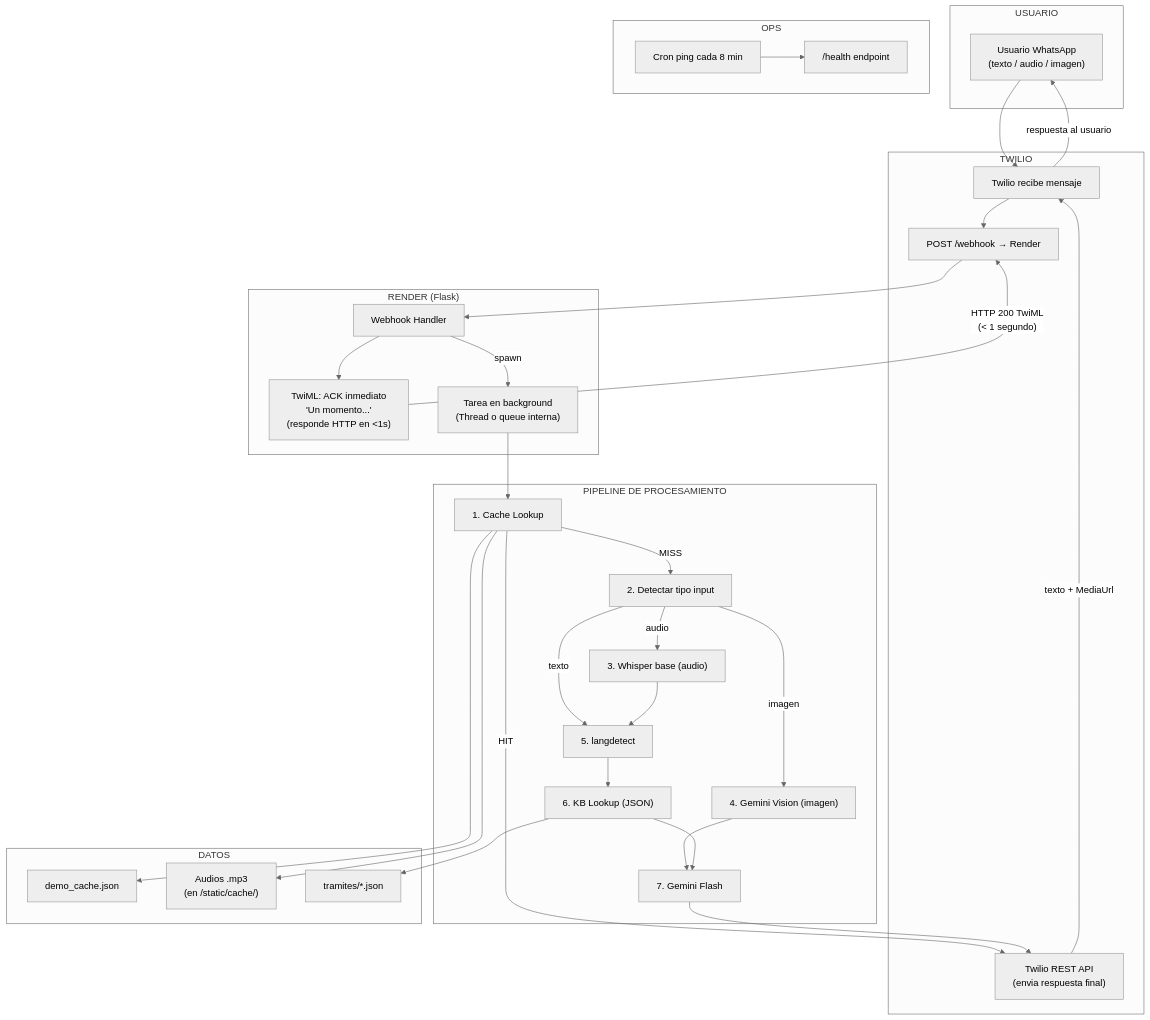
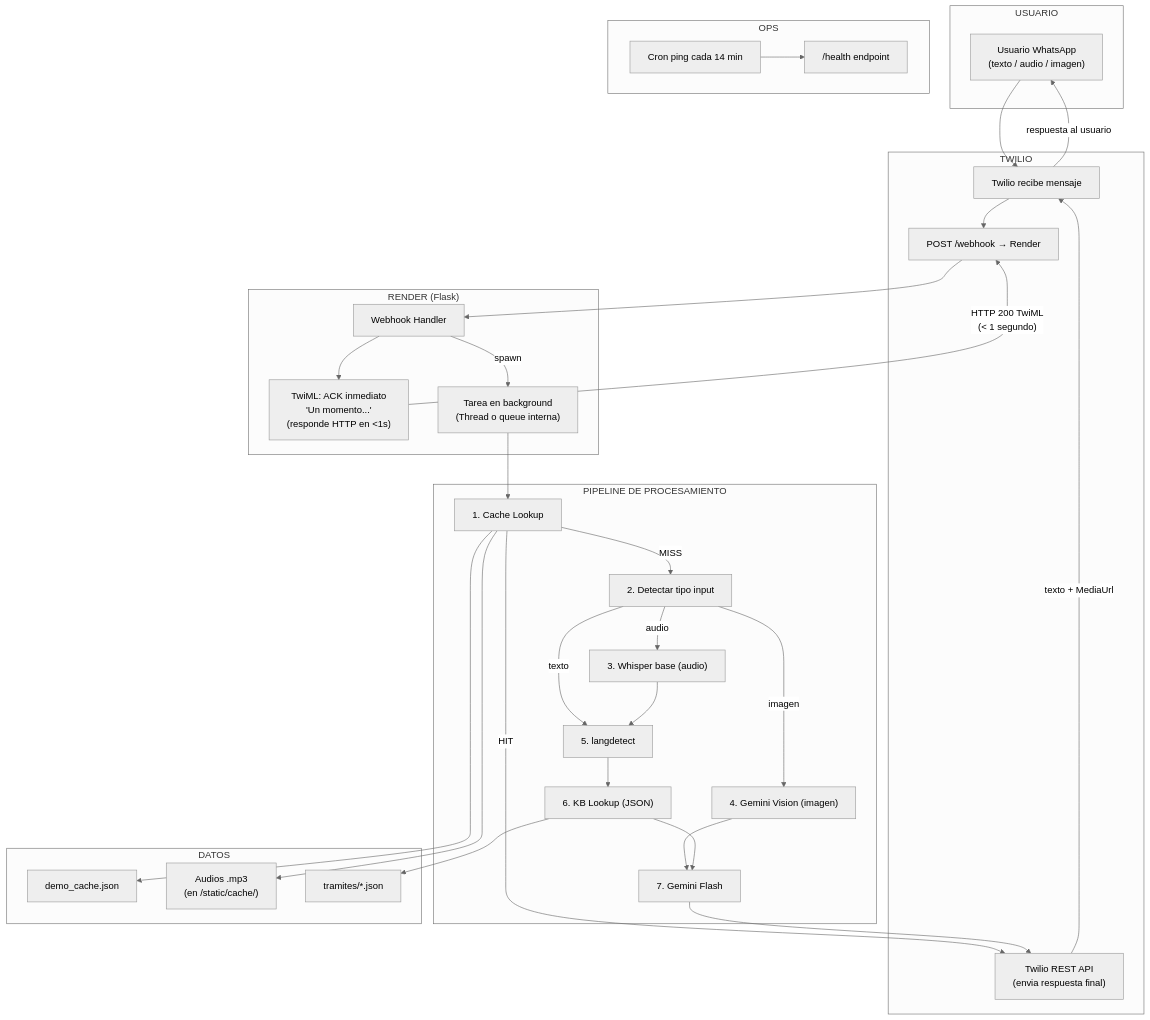
Before and after one commit to Andreavilaro0/civicaid-voice: the diagram in docs/01-phases/FASE0-PLAN-MAESTRO-FINAL.md, drawn with Mermaid (neutral theme). The commit also changed other lines of this file and 28 other files, not shown here.

````diff
--- a/docs/01-phases/FASE0-PLAN-MAESTRO-FINAL.md
+++ b/docs/01-phases/FASE0-PLAN-MAESTRO-FINAL.md
@@ -46,67 +46,67 @@
 ```mermaid
 graph TB
     subgraph USUARIO
         U["Usuario WhatsApp<br/>(texto / audio / imagen)"]
     end
 
     subgraph TWILIO
         TW_IN["Twilio recibe mensaje"]
         TW_WH["POST /webhook → Render"]
         TW_REST["Twilio REST API<br/>(envia respuesta final)"]
     end
 
     subgraph RENDER["RENDER (Flask)"]
         WH["Webhook Handler"]
         ACK["TwiML: ACK inmediato<br/>'Un momento...'<br/>(responde HTTP en <1s)"]
         TASK["Tarea en background<br/>(Thread o queue interna)"]
     end
 
     subgraph PIPELINE["PIPELINE DE PROCESAMIENTO"]
         CACHE["1. Cache Lookup"]
         DETECT["2. Detectar tipo input"]
         WHISPER["3. Whisper base (audio)"]
         VISION["4. Gemini Vision (imagen)"]
         LANG["5. langdetect"]
         KB["6. KB Lookup (JSON)"]
         LLM["7. Gemini Flash"]
     end
 
     subgraph DATA["DATOS"]
         DC["demo_cache.json"]
         MP3["Audios .mp3<br/>(en /static/cache/)"]
         J["tramites/*.json"]
     end
 
     subgraph HEALTH["OPS"]
         HP["/health endpoint"]
-        CRON["Cron ping cada 8 min"]
+        CRON["Cron ping cada 14 min"]
     end
 
     U --> TW_IN
     TW_IN --> TW_WH
     TW_WH --> WH
     WH --> ACK
     ACK -->|"HTTP 200 TwiML<br/>(< 1 segundo)"| TW_WH
     WH -->|"spawn"| TASK
 
     TASK --> CACHE
     CACHE -->|HIT| TW_REST
     CACHE -->|MISS| DETECT
     DETECT -->|audio| WHISPER
     DETECT -->|imagen| VISION
     DETECT -->|texto| LANG
     WHISPER --> LANG
     VISION --> LLM
     LANG --> KB
     KB --> LLM
     LLM --> TW_REST
 
     TW_REST -->|"texto + MediaUrl"| TW_IN
     TW_IN -->|"respuesta al usuario"| U
 
     CACHE --> DC
     CACHE --> MP3
     KB --> J
 
     CRON --> HP
 ```
````
